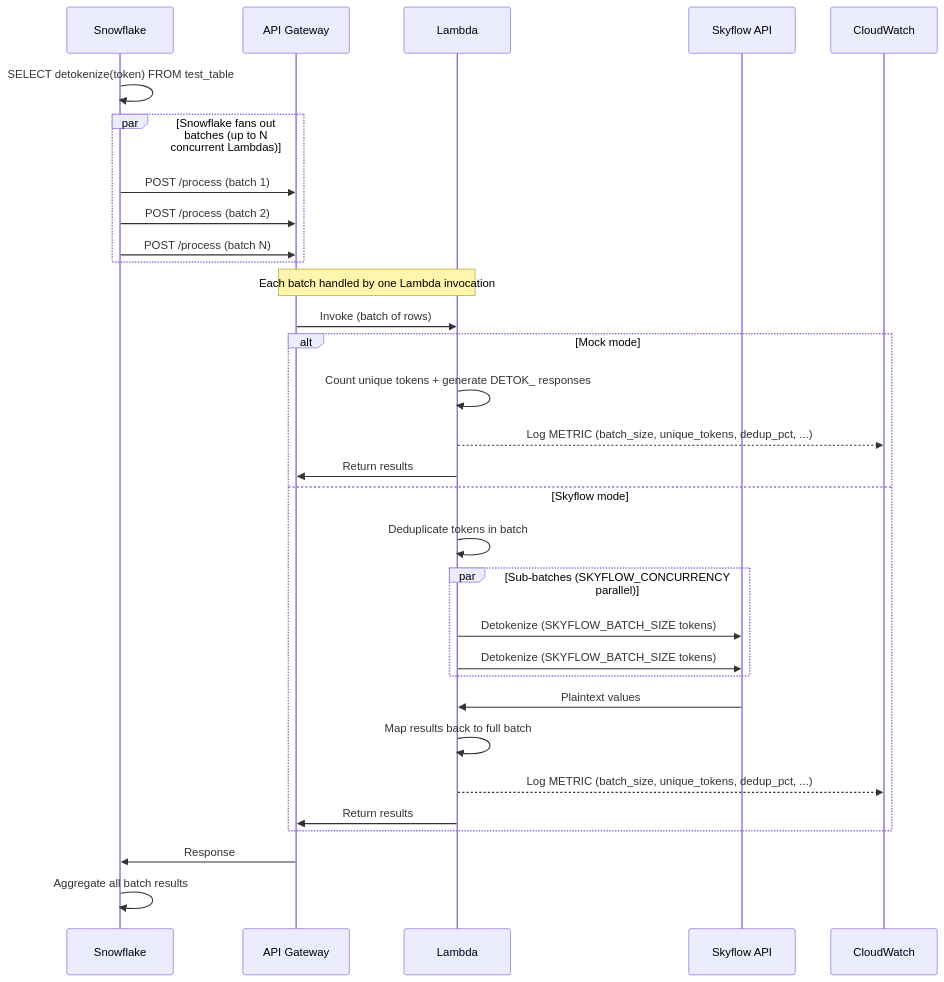
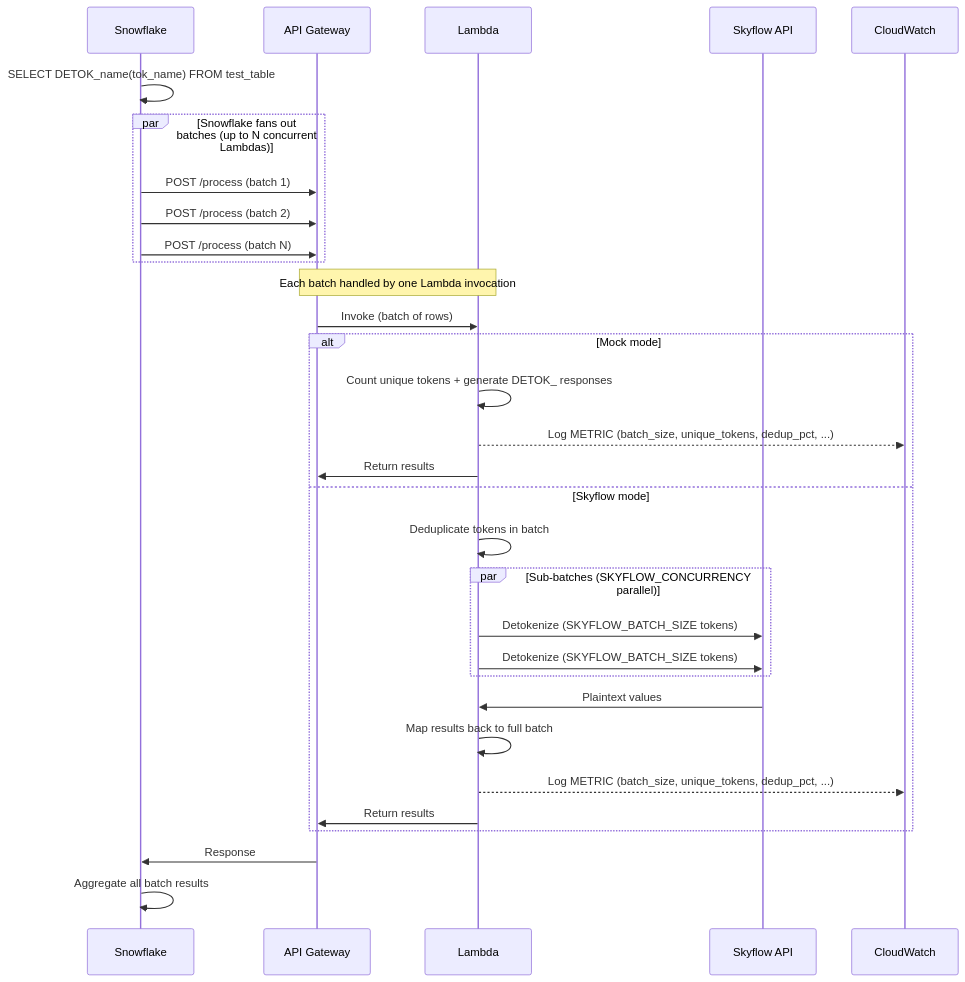
Before and after one commit to SkyflowFoundry/SnowflakePerformance: the third of 3 diagrams in README.md, drawn with Mermaid. The commit also changed other lines of this file and 5 other files, not shown here.

````diff
--- a/README.md
+++ b/README.md
@@ -117,39 +122,39 @@
 ```mermaid
 sequenceDiagram
     participant SF as Snowflake
     participant AG as API Gateway
     participant LM as Lambda
     participant SKY as Skyflow API
     participant CW as CloudWatch
 
-    SF->>SF: SELECT detokenize(token) FROM test_table
+    SF->>SF: SELECT DETOK_name(tok_name) FROM test_table
 
     par Snowflake fans out batches (up to N concurrent Lambdas)
         SF->>AG: POST /process (batch 1)
         SF->>AG: POST /process (batch 2)
         SF->>AG: POST /process (batch N)
     end
 
     Note over AG,LM: Each batch handled by one Lambda invocation
 
     AG->>LM: Invoke (batch of rows)
 
     alt Mock mode
         LM->>LM: Count unique tokens + generate DETOK_ responses
         LM-->>CW: Log METRIC (batch_size, unique_tokens, dedup_pct, ...)
         LM->>AG: Return results
     else Skyflow mode
         LM->>LM: Deduplicate tokens in batch
         par Sub-batches (SKYFLOW_CONCURRENCY parallel)
             LM->>SKY: Detokenize (SKYFLOW_BATCH_SIZE tokens)
             LM->>SKY: Detokenize (SKYFLOW_BATCH_SIZE tokens)
         end
         SKY->>LM: Plaintext values
         LM->>LM: Map results back to full batch
         LM-->>CW: Log METRIC (batch_size, unique_tokens, dedup_pct, ...)
         LM->>AG: Return results
     end
 
     AG->>SF: Response
     SF->>SF: Aggregate all batch results
 ```
````
